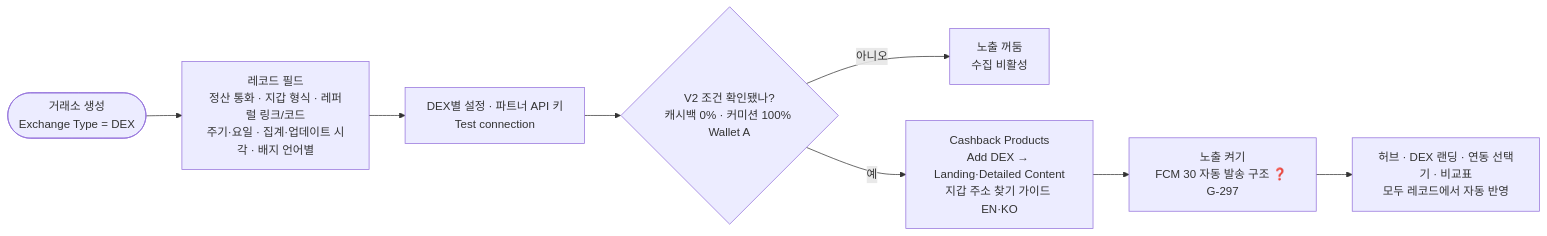
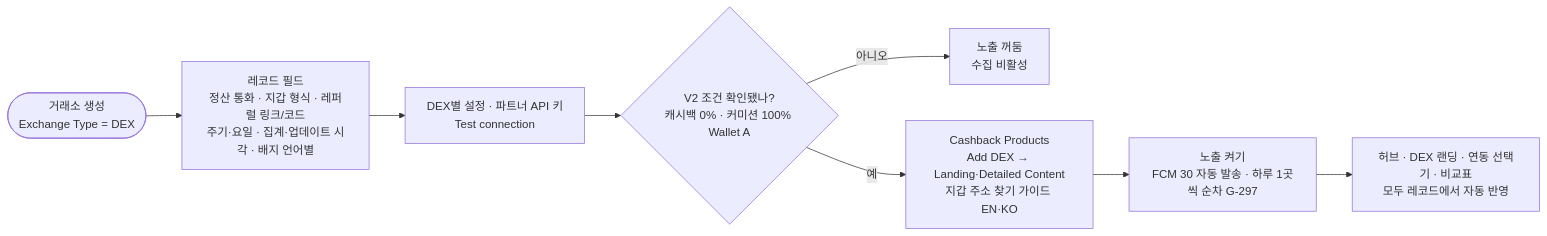
One commit to matthewforwork1213-collab/dex changed the sixth of 6 diagrams in 02.기획문서/정보구조도_백오피스.md. Above: the diagram before and after it, drawn with Mermaid. The commit also changed other lines of this file and 19 other files, not shown here.

````diff
--- a/02.기획문서/정보구조도_백오피스.md
+++ b/02.기획문서/정보구조도_백오피스.md
@@ -159,10 +159,10 @@
 ```mermaid
 flowchart LR
     A([거래소 생성<br/>Exchange Type = DEX]) --> B[레코드 필드<br/>정산 통화 · 지갑 형식 · 레퍼럴 링크/코드<br/>주기·요일 · 집계·업데이트 시각 · 배지 언어별]
     B --> C[DEX별 설정 · 파트너 API 키<br/>Test connection]
     C --> D{V2 조건 확인됐나?<br/>캐시백 0% · 커미션 100% Wallet A}
     D -->|아니오| HOLD[노출 꺼둠<br/>수집 비활성]
     D -->|예| E[Cashback Products<br/>Add DEX → Landing·Detailed Content<br/>지갑 주소 찾기 가이드 EN·KO]
-    E --> F[노출 켜기<br/>FCM 30 자동 발송 구조 ❓ G-297]
+    E --> F[노출 켜기<br/>FCM 30 자동 발송 · 하루 1곳씩 순차 G-297]
     F --> G[허브 · DEX 랜딩 · 연동 선택기 · 비교표<br/>모두 레코드에서 자동 반영]
 ```
````
